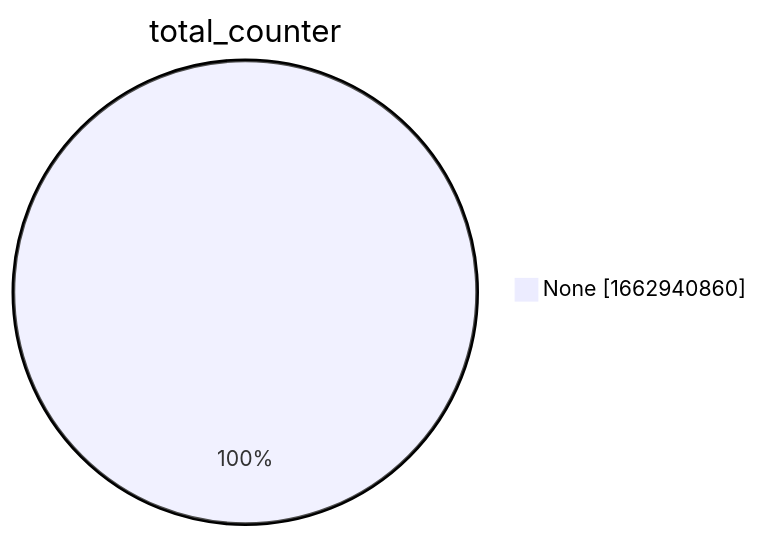
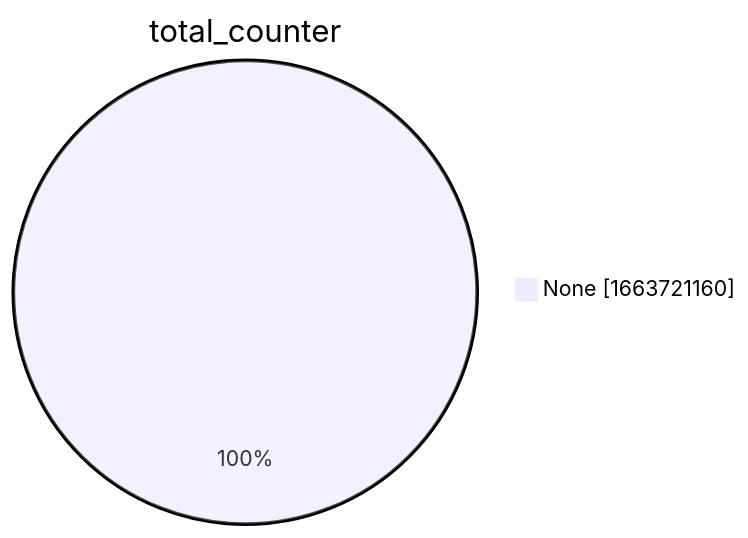
One commit to christiankrug/ctmonitor_visualization changed the second of 15 diagrams in xenon2022/README.md. Above: the diagram before and after it, drawn with Mermaid. The commit also changed other lines of this file, not shown here.

````diff
--- a/xenon2022/README.md
+++ b/xenon2022/README.md
@@ -9,5 +9,5 @@
 ```mermaid
 pie showData
 title total_counter
-"None" :1662940860
+"None" :1663721160
 ```
````
